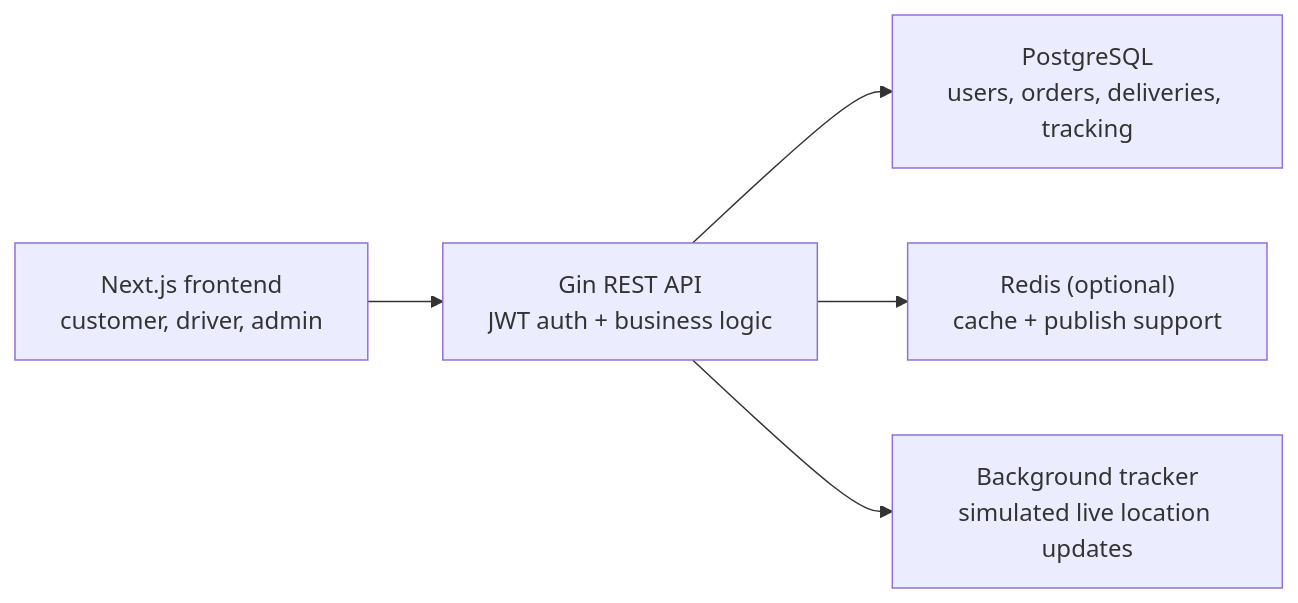
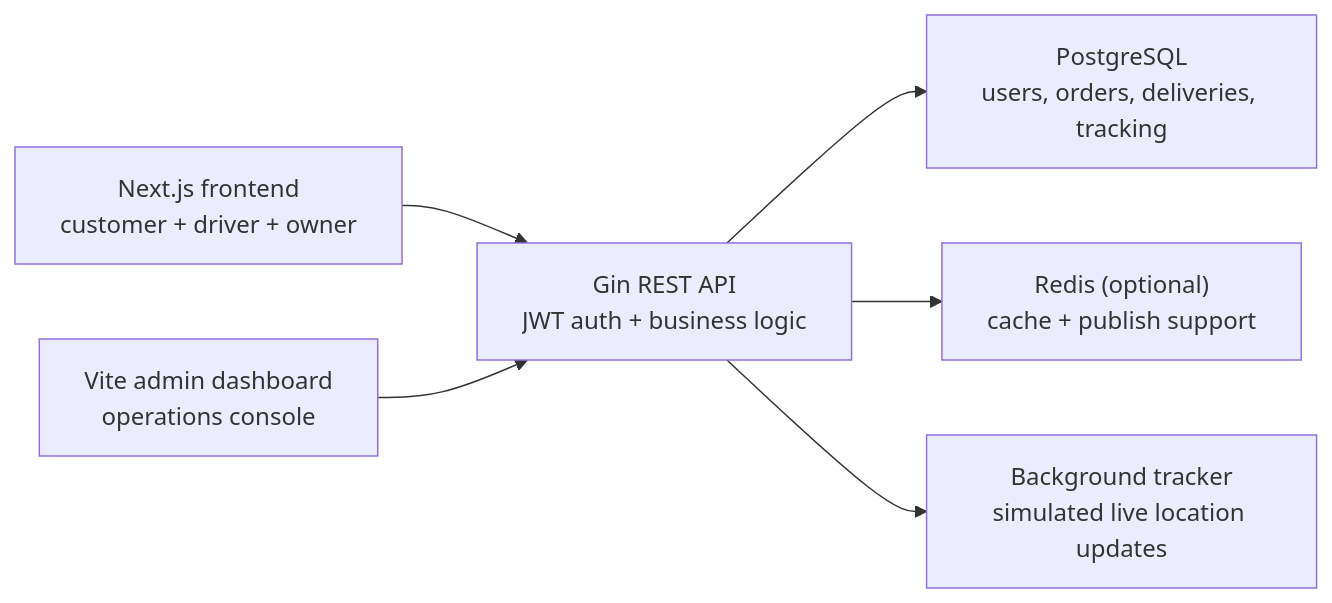
One commit to FayezBast/Uber-Eats-Clone changed the diagram in README.md. Above: the diagram before and after it, drawn with Mermaid. The commit also changed other lines of this file and 104 other files, not shown here.

Commit message:
fix(admin) :made changes to the admin dashboard

````diff
--- a/README.md
+++ b/README.md
@@ -47,7 +48,8 @@
 ```mermaid
 flowchart LR
-  UI["Next.js frontend<br/>customer, driver, admin"] --> API["Gin REST API<br/>JWT auth + business logic"]
+  UI["Next.js frontend<br/>customer + driver + owner"] --> API["Gin REST API<br/>JWT auth + business logic"]
+  ADMIN["Vite admin dashboard<br/>operations console"] --> API
   API --> PG["PostgreSQL<br/>users, orders, deliveries, tracking"]
   API --> CACHE["Redis (optional)<br/>cache + publish support"]
   API --> JOBS["Background tracker<br/>simulated live location updates"]
 ```
````
